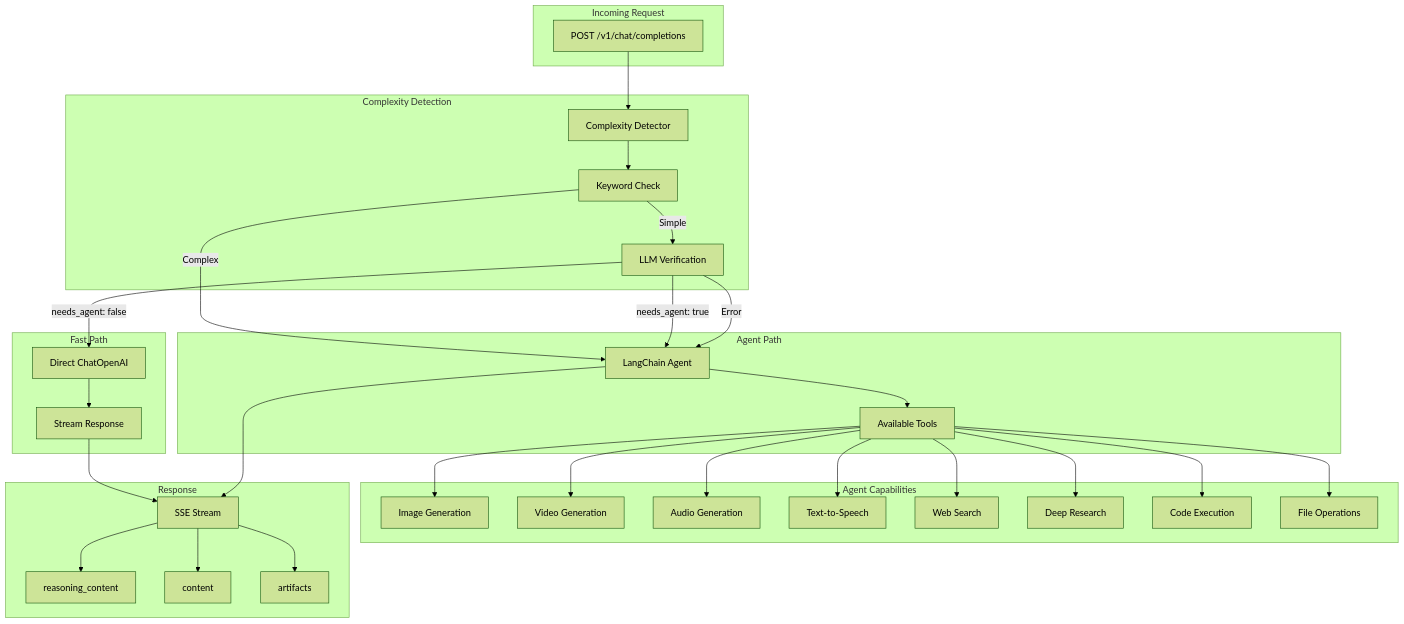
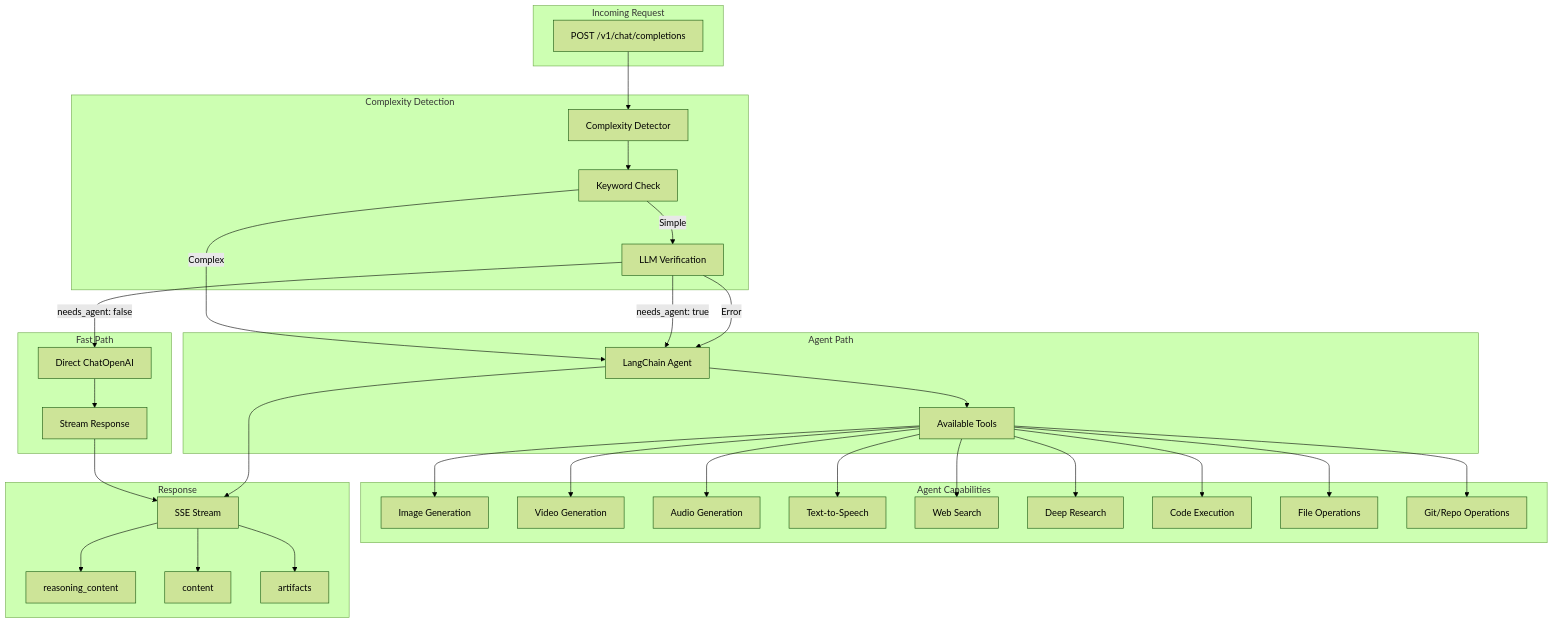
The diagram in baseline-langchain/README.md (fstandhartinger/janus-poc), drawn with Mermaid (forest theme) before and after one commit. The commit also changed other lines of this file and 24 other files, not shown here.

````diff
--- a/baseline-langchain/README.md
+++ b/baseline-langchain/README.md
@@ -22,66 +26,68 @@
 ```mermaid
 flowchart TB
     subgraph Request ["Incoming Request"]
         REQ["POST /v1/chat/completions"]
     end
 
     subgraph Routing ["Complexity Detection"]
         DETECT["Complexity Detector"]
         KEYWORDS["Keyword Check"]
         LLM_VERIFY["LLM Verification"]
     end
 
     subgraph FastPath ["Fast Path"]
         DIRECT_LLM["Direct ChatOpenAI"]
         FAST_STREAM["Stream Response"]
     end
 
     subgraph AgentPath ["Agent Path"]
         AGENT["LangChain Agent"]
         TOOLS["Available Tools"]
     end
 
     subgraph Tools ["Agent Capabilities"]
         IMG["Image Generation"]
         VIDEO["Video Generation"]
         AUDIO["Audio Generation"]
         TTS["Text-to-Speech"]
         SEARCH["Web Search"]
         RESEARCH["Deep Research"]
         CODE["Code Execution"]
         FILES["File Operations"]
+        GIT["Git/Repo Operations"]
     end
 
     subgraph Response ["Response"]
         SSE["SSE Stream"]
         REASONING["reasoning_content"]
         CONTENT["content"]
         ARTIFACTS["artifacts"]
     end
 
     REQ --> DETECT
     DETECT --> KEYWORDS
     KEYWORDS -->|"Complex"| AGENT
     KEYWORDS -->|"Simple"| LLM_VERIFY
     LLM_VERIFY -->|"needs_agent: true"| AGENT
     LLM_VERIFY -->|"needs_agent: false"| DIRECT_LLM
     LLM_VERIFY -->|"Error"| AGENT
 
     DIRECT_LLM --> FAST_STREAM
     FAST_STREAM --> SSE
 
     AGENT --> TOOLS
     TOOLS --> IMG
     TOOLS --> VIDEO
     TOOLS --> AUDIO
     TOOLS --> TTS
     TOOLS --> SEARCH
     TOOLS --> RESEARCH
     TOOLS --> CODE
     TOOLS --> FILES
+    TOOLS --> GIT
     AGENT --> SSE
 
     SSE --> REASONING
     SSE --> CONTENT
     SSE --> ARTIFACTS
 ```
````
